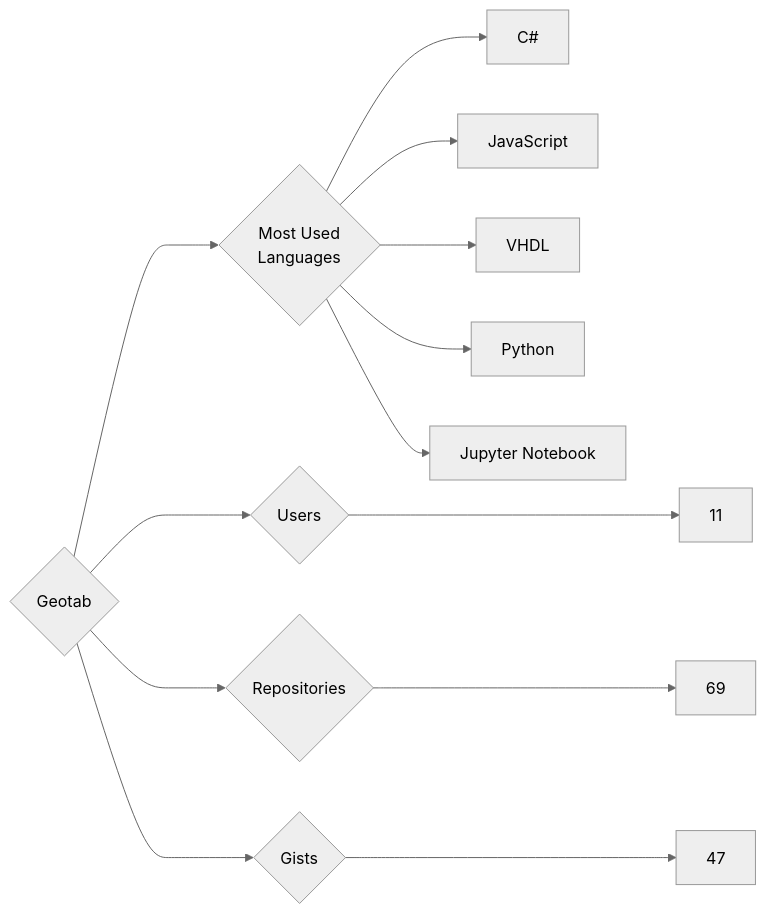
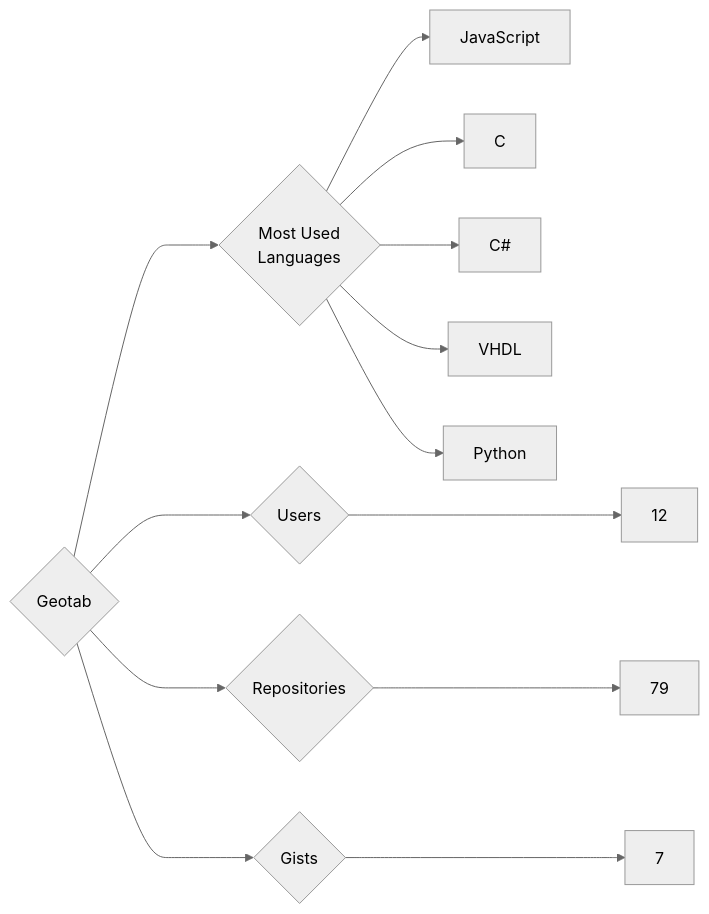
The diagram in targets/Geotab/README.md (trickest/insiders), drawn with Mermaid (neutral theme) before and after one commit. The commit also changed 895 other files, not shown here.

````diff
--- a/targets/Geotab/README.md
+++ b/targets/Geotab/README.md
@@ -3,13 +3,13 @@
 ```mermaid
 graph LR
 COMPANY_NAME{Geotab}
-COMPANY_NAME ---> U{Users} ---> UN[11]
-COMPANY_NAME ---> R{Repositories} ---> RN[69]
-COMPANY_NAME ---> G{Gists} ---> GN[47]
+COMPANY_NAME ---> U{Users} ---> UN[12]
+COMPANY_NAME ---> R{Repositories} ---> RN[79]
+COMPANY_NAME ---> G{Gists} ---> GN[7]
 COMPANY_NAME ---> ML{Most Used<br>Languages}
+ML --> JavaScript[JavaScript]
+ML --> C[C]
 ML --> C#[C#]
-ML --> JavaScript[JavaScript]
 ML --> VHDL[VHDL]
 ML --> Python[Python]
-ML --> Jupyter_Notebook[Jupyter Notebook]
 ```
````
